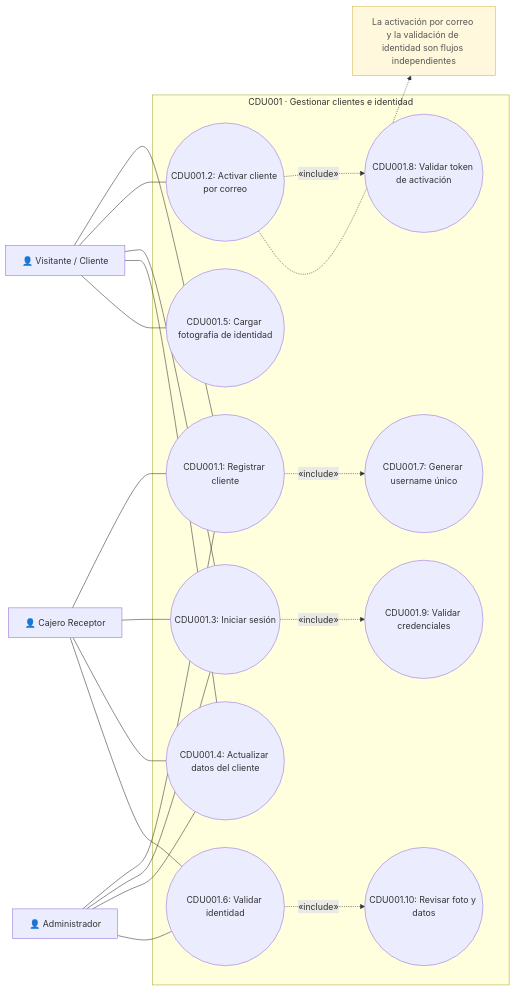
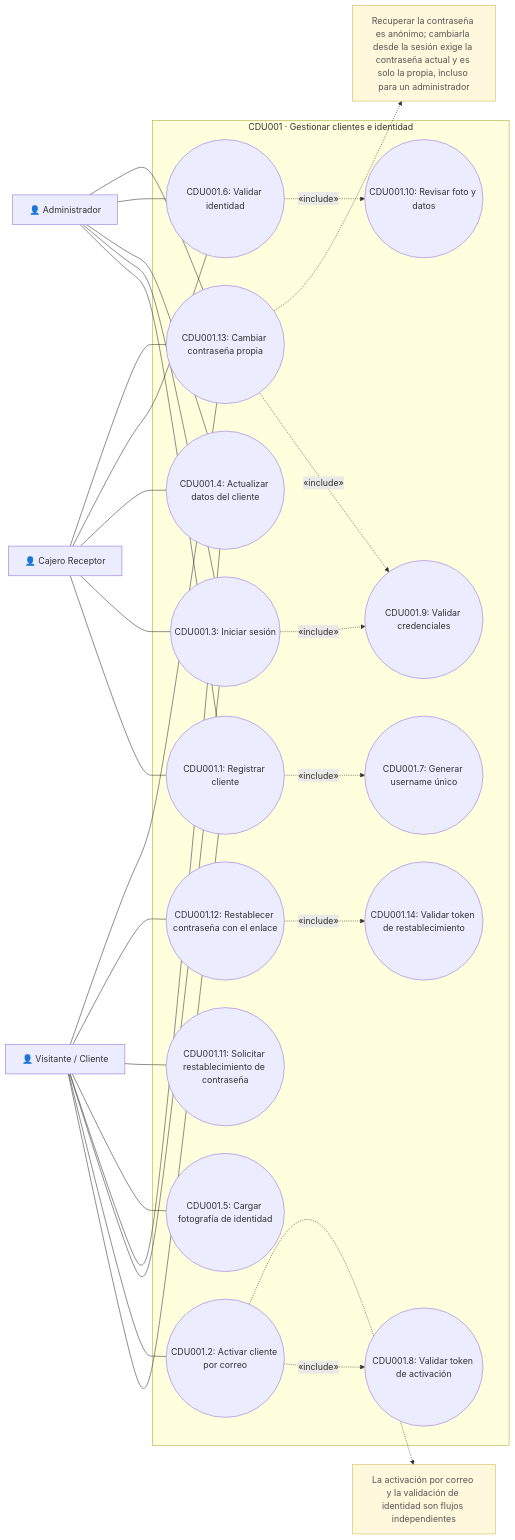
One commit to marcosbondel/Proyecto-SA-B-2 changed the diagram in docs/architecture/diagrams/cdu/customer/customer-casos-de-uso.mmd. Above: the diagram before and after it, drawn with Mermaid. The commit also changed 66 other files, not shown here.

```diff
--- a/docs/architecture/diagrams/cdu/customer/customer-casos-de-uso.mmd
+++ b/docs/architecture/diagrams/cdu/customer/customer-casos-de-uso.mmd
@@ -1,41 +1,55 @@
 flowchart LR
     client["👤 Visitante / Cliente"]
     teller["👤 Cajero Receptor"]
     admin["👤 Administrador"]
 
     subgraph customer["CDU001 · Gestionar clientes e identidad"]
         register(("CDU001.1: Registrar cliente"))
         activate(("CDU001.2: Activar cliente por correo"))
         login(("CDU001.3: Iniciar sesión"))
         update(("CDU001.4: Actualizar datos del cliente"))
         upload(("CDU001.5: Cargar fotografía de identidad"))
         identity(("CDU001.6: Validar identidad"))
         username(("CDU001.7: Generar username único"))
         token(("CDU001.8: Validar token de activación"))
         credentials(("CDU001.9: Validar credenciales"))
         review(("CDU001.10: Revisar foto y datos"))
+        resetRequest(("CDU001.11: Solicitar restablecimiento de contraseña"))
+        resetConfirm(("CDU001.12: Restablecer contraseña con el enlace"))
+        password(("CDU001.13: Cambiar contraseña propia"))
+        resetToken(("CDU001.14: Validar token de restablecimiento"))
     end
 
     client --- register
     client --- activate
     client --- login
     client --- update
     client --- upload
+    client --- resetRequest
+    client --- resetConfirm
+    client --- password
     teller --- register
     teller --- login
     teller --- update
     teller --- identity
+    teller --- password
     admin --- register
     admin --- login
     admin --- update
     admin --- identity
+    admin --- password
 
     register -. "«include»" .-> username
     activate -. "«include»" .-> token
     login -. "«include»" .-> credentials
     identity -. "«include»" .-> review
+    resetConfirm -. "«include»" .-> resetToken
+    password -. "«include»" .-> credentials
 
     note["La activación por correo y la validación de identidad son flujos independientes"]:::note
     activate -.-> note
 
+    passwordNote["Recuperar la contraseña es anónimo; cambiarla desde la sesión exige la contraseña actual y es solo la propia, incluso para un administrador"]:::note
+    password -.-> passwordNote
+
     classDef note fill:#FFF8DC,stroke:#D6B656,color:#555555;
```
